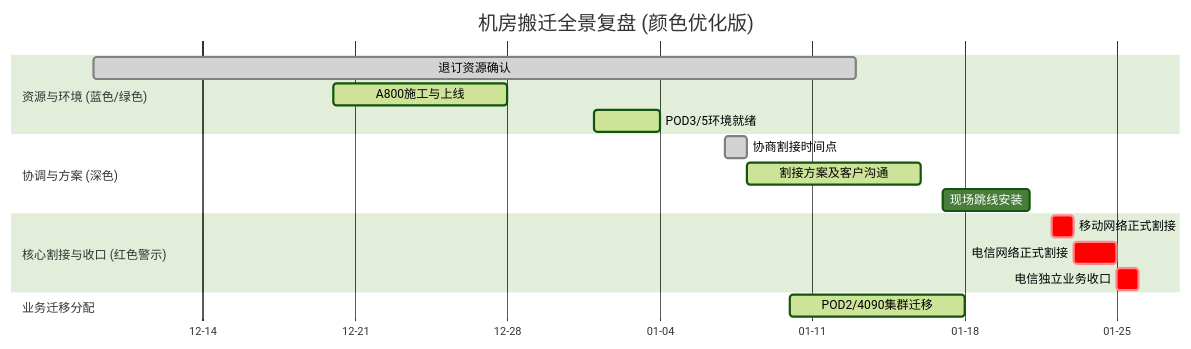
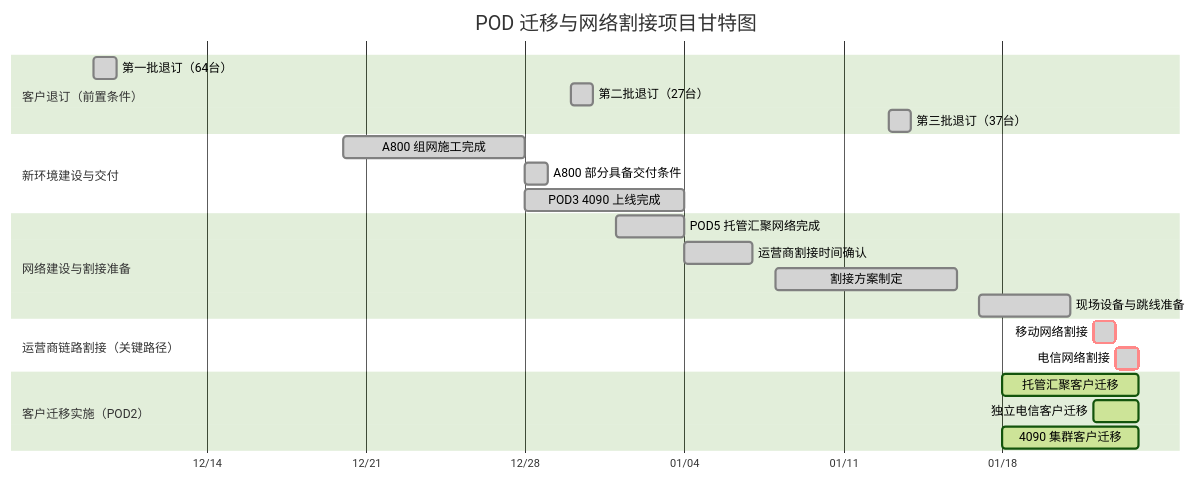
One commit to lasonlixin/iodraw-files changed the diagram in all/未命名.md. Above: the diagram before and after it, drawn with Mermaid (forest theme).

Commit message:
2026-02-03 10:38:35 update

````diff
--- a/all/未命名.md
+++ b/all/未命名.md
@@ -1,24 +1,32 @@
 ```mermaid
 gantt
-    title 机房搬迁全景复盘 (颜色优化版)
+    title POD 迁移与网络割接项目甘特图
     dateFormat  YYYY-MM-DD
-    axisFormat %m-%d
+    axisFormat  %m/%d
 
-    section 资源与环境 (蓝色/绿色)
-    退订资源确认        :done,  a1, 2025-12-09, 2026-01-13
-    A800施工与上线      :active, a2, 2025-12-20, 2025-12-28
-    POD3/5环境就绪      :active, a3, 2026-01-01, 2026-01-04
+    section 客户退订（前置条件）
+    第一批退订（64台）        :done,    t1, 2025-12-09, 1d
+    第二批退订（27台）        :done,    t2, 2025-12-30, 1d
+    第三批退订（37台）        :done,    t3, 2026-01-13, 1d
 
-    section 协调与方案 (深色)
-    协商割接时间点      :done, b1, 2026-01-07, 1d
-    割接方案及客户沟通   :active, b2, 2026-01-08, 2026-01-16
-    现场跳线安装        :b3, 2026-01-17, 2026-01-21
+    section 新环境建设与交付
+    A800 组网施工完成         :done,    n1, 2025-12-20, 2025-12-28
+    A800 部分具备交付条件     :done,    n2, 2025-12-28, 1d
+    POD3 4090 上线完成        :done,    n3, 2025-12-28, 2026-01-04
 
-    section 核心割接与收口 (红色警示)
-    移动网络正式割接    :crit, c1, 2026-01-22, 1d
-    电信网络正式割接    :crit, c2, 2026-01-23, 2d
-    电信独立业务收口    :crit, c3, after c2, 1d
+    section 网络建设与割接准备
+    POD5 托管汇聚网络完成    :done,    l1, 2026-01-01, 2026-01-04
+    运营商割接时间确认       :done,    l2, 2026-01-04, 2026-01-07
+    割接方案制定             :done,    l3, 2026-01-08, 2026-01-16
+    现场设备与跳线准备       :done,    l4, 2026-01-17, 2026-01-21
 
-    section 业务迁移分配
-    POD2/4090集群迁移   :active, d1, 2026-01-10, 2026-01-18
+    section 运营商链路割接（关键路径）
+    移动网络割接             :crit,done, c1, 2026-01-22, 1d
+    电信网络割接             :crit,done, c2, 2026-01-23, 2026-01-24
+
+    section 客户迁移实施（POD2）
+    托管汇聚客户迁移         :active,  m1, 2026-01-18, 2026-01-24
+    独立电信客户迁移         :active,  m2, 2026-01-22, 2026-01-24
+    4090 集群客户迁移        :active,  m3, 2026-01-18, 2026-01-24
+
 ```
````
